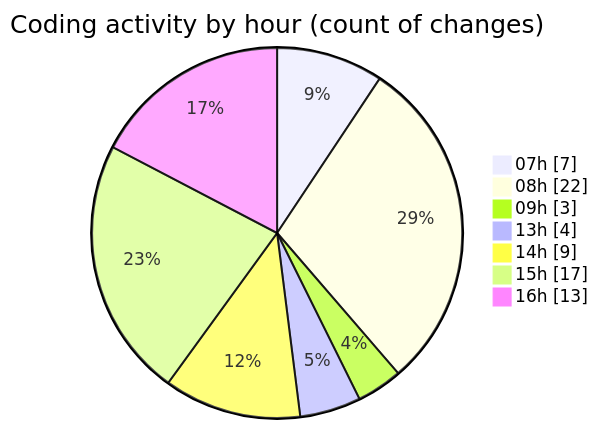
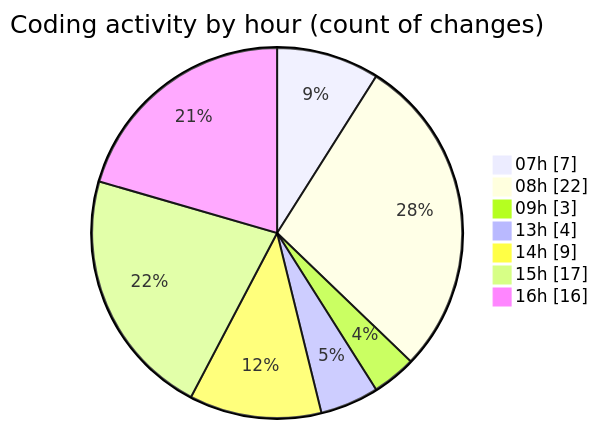
The second of 2 diagrams in 2025-05-04/niten/README.md (Elitesun/code-tracking), drawn with Mermaid before and after one commit. The commit also changed other lines of this file and 1 other file, not shown here.

````diff
--- a/2025-05-04/niten/README.md
+++ b/2025-05-04/niten/README.md
@@ -52,11 +52,11 @@
 ```mermaid
 pie showData
 title Coding activity by hour (count of changes)
 "07h" : 7
 "08h" : 22
 "09h" : 3
 "13h" : 4
 "14h" : 9
 "15h" : 17
-"16h" : 13
+"16h" : 16
 ```
````
